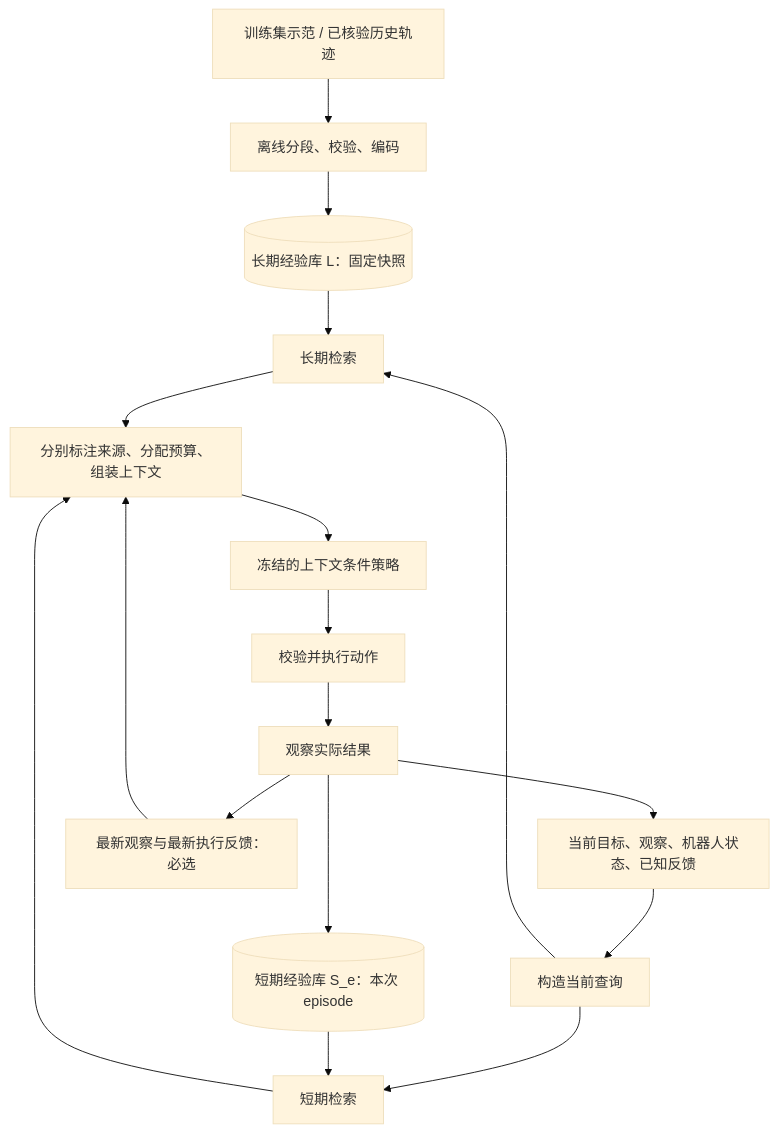
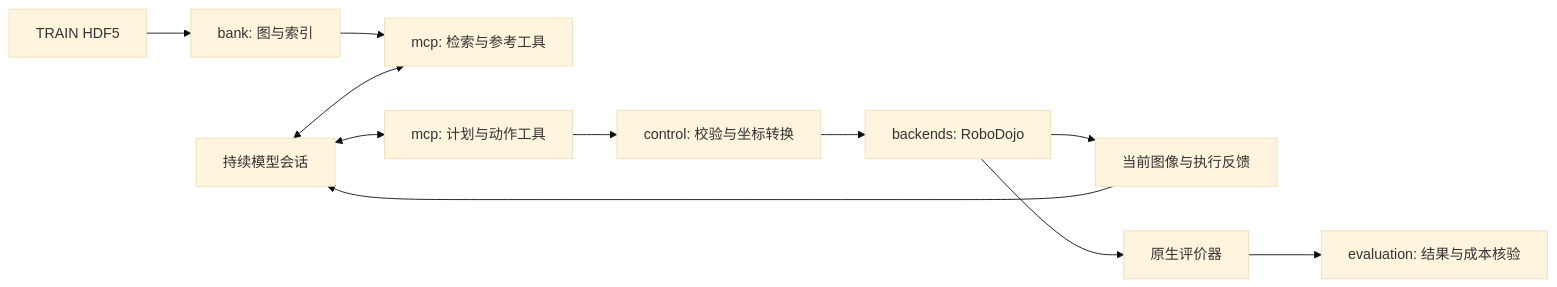
One commit to zhanxch/RoboRAG changed the diagram in docs/architecture.md. Above: the diagram before and after it, drawn with Mermaid (base theme). The commit also changed other lines of this file and 281 other files, not shown here.

````diff
--- a/docs/architecture.md
+++ b/docs/architecture.md
@@ -17,19 +15,13 @@
 ```mermaid
-flowchart TD
-    D[训练集示范 / 已核验历史轨迹] --> B[离线分段、校验、编码]
-    B --> L[(长期经验库 L：固定快照)]
-    O[当前目标、观察、机器人状态、已知反馈] --> Q[构造当前查询]
-    Q --> RL[长期检索]
-    Q --> RS[短期检索]
-    L --> RL
-    S[(短期经验库 S_e：本次 episode)] --> RS
-    RL --> C[分别标注来源、分配预算、组装上下文]
-    RS --> C
-    F[最新观察与最新执行反馈：必选] --> C
-    C --> P[冻结的上下文条件策略]
-    P --> A[校验并执行动作]
-    A --> R[观察实际结果]
-    R --> S
-    R --> O
-    R --> F
+flowchart LR
+    Train[TRAIN HDF5] --> Bank[bank: 图与索引]
+    Bank --> Tools[mcp: 检索与参考工具]
+    Model[持续模型会话] <--> Tools
+    Model <--> Motion[mcp: 计划与动作工具]
+    Motion --> Control[control: 校验与坐标转换]
+    Control --> Backend[backends: RoboDojo]
+    Backend --> Feedback[当前图像与执行反馈]
+    Feedback --> Model
+    Backend --> Native[原生评价器]
+    Native --> Evaluation[evaluation: 结果与成本核验]
 ```
````
